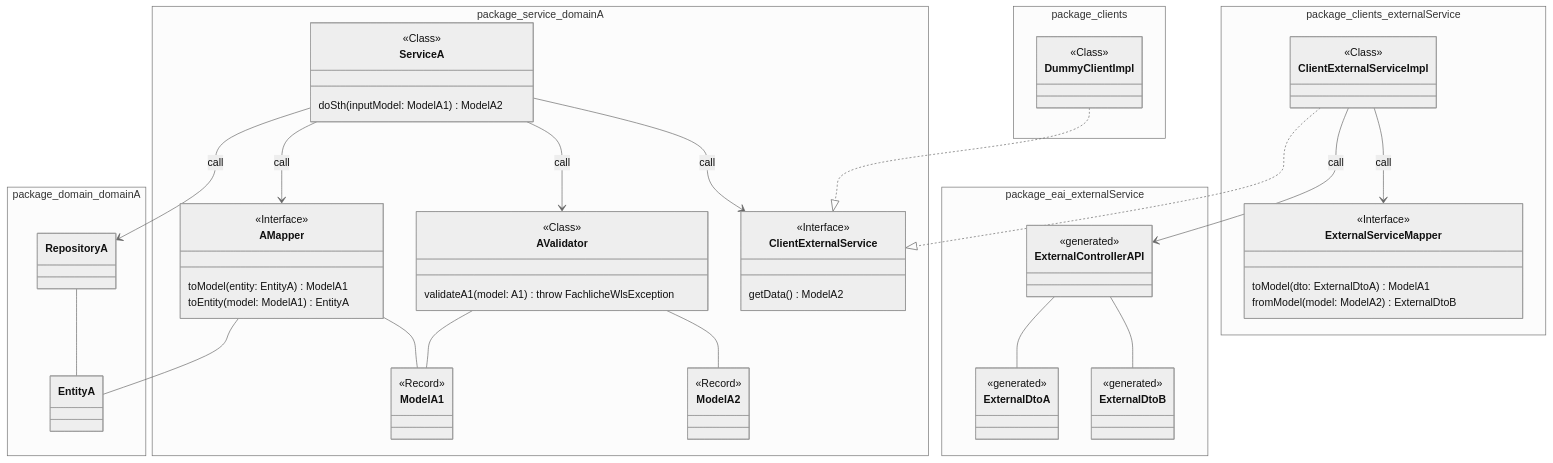
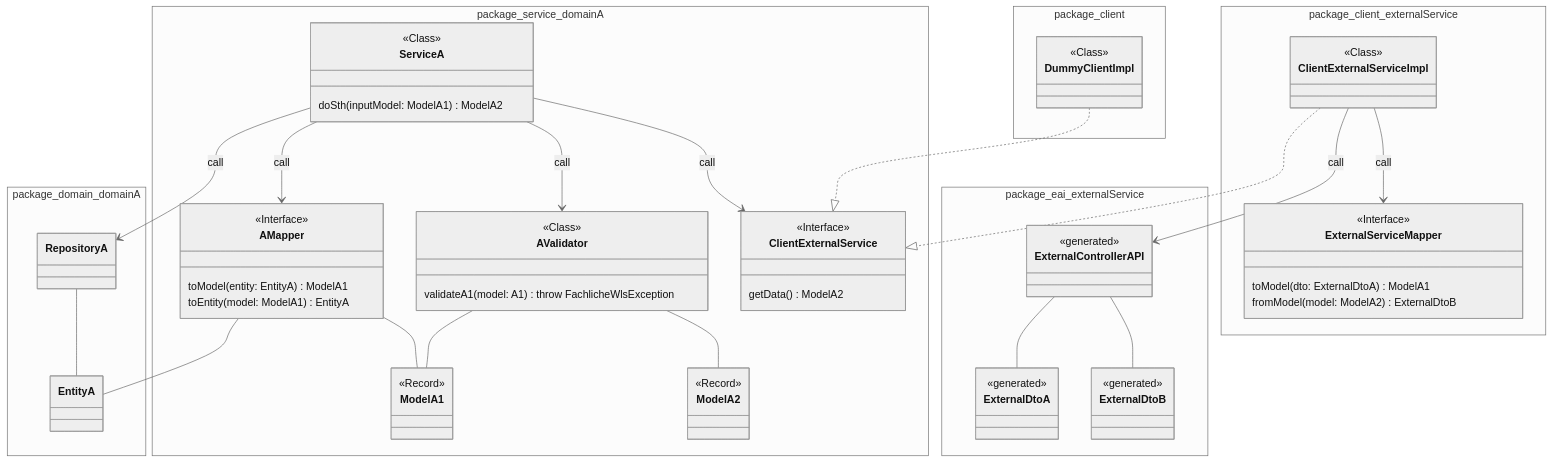
One commit to it-at-m/Wahllokalsystem changed the third of 4 diagrams in docs/src/technik/systemspecification/backend.md. Above: the diagram before and after it, drawn with Mermaid (neutral theme). The commit also changed other lines of this file and 1 other file, not shown here.

Commit message:
use singular for client package

```diff
--- a/docs/src/technik/systemspecification/backend.md
+++ b/docs/src/technik/systemspecification/backend.md
@@ -210,7 +210,7 @@
         }
     }
 
-    namespace package_clients {
+    namespace package_client {
         class DummyClientImpl {
             <<Class>>
         }
@@ -230,7 +230,7 @@
         }
     }
 
-    namespace package_clients_externalService {
+    namespace package_client_externalService {
         class ClientExternalServiceImpl {
             <<Class>>
         }
```
